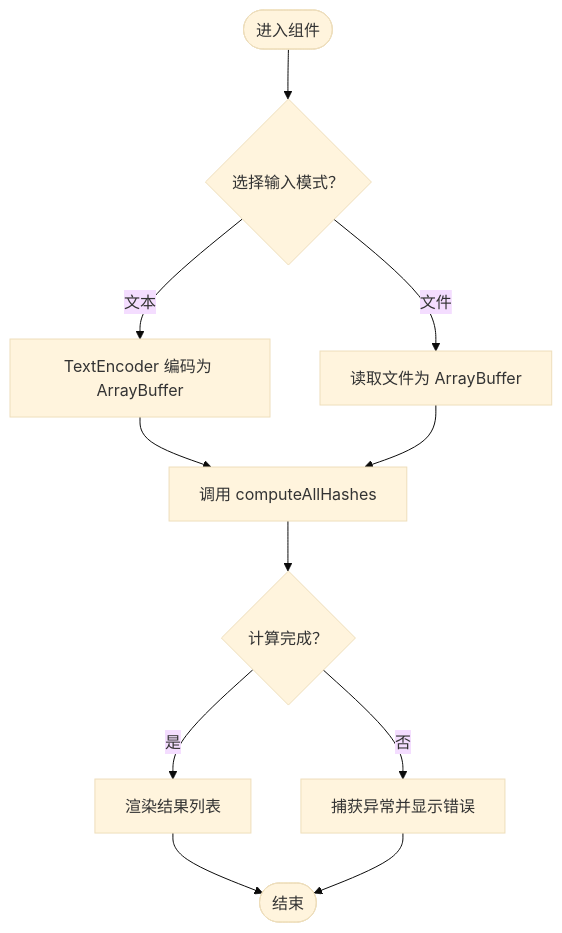
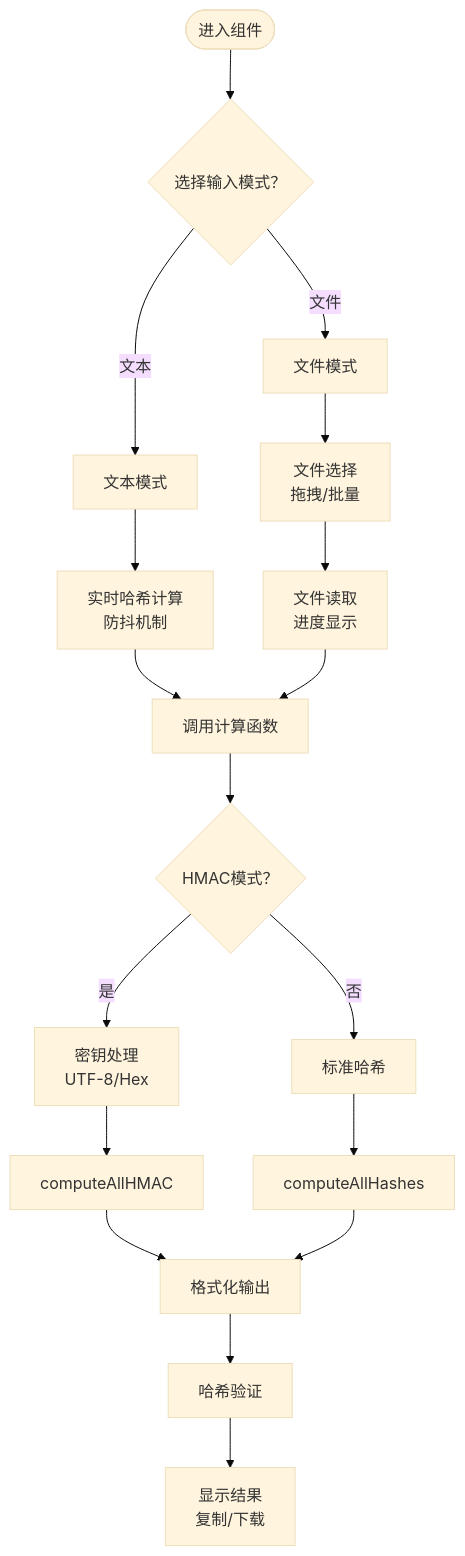
One commit to sgyy/privadeck changed the third of 9 diagrams in .qoder/repowiki/zh/content/开发者工具/哈希生成工具.md. Above: the diagram before and after it, drawn with Mermaid (base theme). The commit also changed other lines of this file and 4 other files, not shown here.

````diff
--- a/.qoder/repowiki/zh/content/开发者工具/哈希生成工具.md
+++ b/.qoder/repowiki/zh/content/开发者工具/哈希生成工具.md
@@ -134,13 +170,20 @@
 ```mermaid
 flowchart TD
 Start(["进入组件"]) --> Mode{"选择输入模式？"}
-Mode --> |文本| Encode["TextEncoder 编码为 ArrayBuffer"]
-Mode --> |文件| ReadFile["读取文件为 ArrayBuffer"]
-Encode --> Compute["调用 computeAllHashes"]
-ReadFile --> Compute
-Compute --> Done{"计算完成？"}
-Done --> |是| Render["渲染结果列表"]
-Done --> |否| Error["捕获异常并显示错误"]
-Render --> End(["结束"])
-Error --> End
+Mode --> |文本| TextMode["文本模式"]
+Mode --> |文件| FileMode["文件模式"]
+TextMode --> RealTime["实时哈希计算<br/>防抖机制"]
+FileMode --> FileSelect["文件选择<br/>拖拽/批量"]
+RealTime --> Compute["调用计算函数"]
+FileSelect --> FileRead["文件读取<br/>进度显示"]
+FileRead --> Compute
+Compute --> HMAC{"HMAC模式？"}
+HMAC --> |是| HMACKey["密钥处理<br/>UTF-8/Hex"]
+HMAC --> |否| Standard["标准哈希"]
+HMACKey --> ComputeHMAC["computeAllHMAC"]
+Standard --> ComputeHash["computeAllHashes"]
+ComputeHMAC --> Format["格式化输出"]
+ComputeHash --> Format
+Format --> Verify["哈希验证"]
+Verify --> Display["显示结果<br/>复制/下载"]
 ```
````
